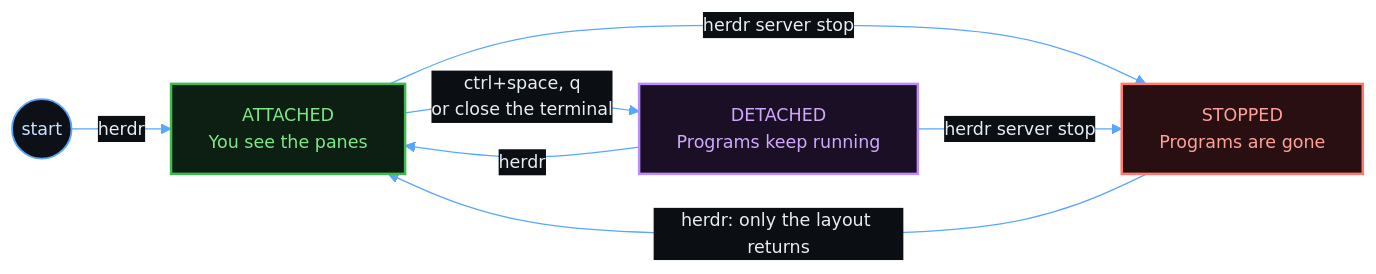
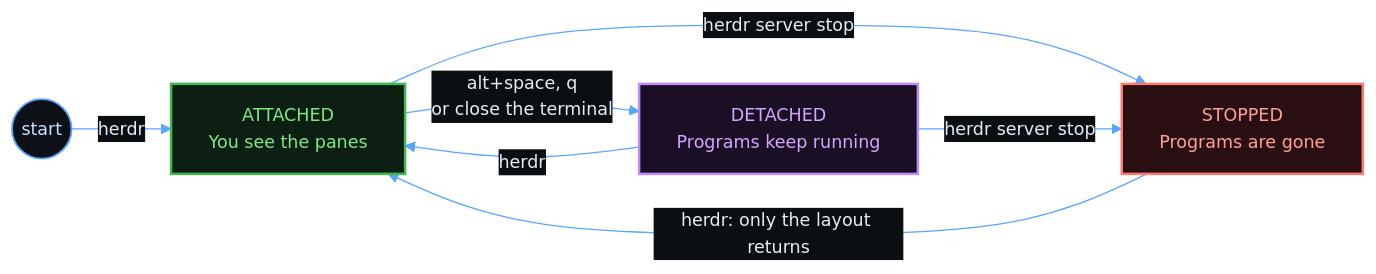
The diagram in docs/sessions.md (MussaCharles/herdspace), drawn with Mermaid before and after one commit. The commit also changed other lines of this file and 12 other files, not shown here.

First line of the commit message:
Document the alt+space prefix, and the keys that other programs take

````diff
--- a/docs/sessions.md
+++ b/docs/sessions.md
@@ -31,23 +31,23 @@
 ```mermaid
 %%{init: {'theme': 'base', 'themeVariables': {
   'fontFamily': 'Menlo, Consolas, Courier New, monospace', 'fontSize': '14px',
   'primaryColor': '#0d1117', 'primaryTextColor': '#e6edf3', 'primaryBorderColor': '#3fb950',
   'textColor': '#e6edf3', 'lineColor': '#58a6ff', 'secondaryColor': '#161b22', 'tertiaryColor': '#0d1117',
   'edgeLabelBackground': '#0b0f14', 'clusterBkg': '#0b0f14', 'clusterBorder': '#30363d', 'titleColor': '#d2a8ff',
   'actorBkg': '#0d1f12', 'actorBorder': '#3fb950', 'actorTextColor': '#7ee787', 'actorLineColor': '#30363d',
   'signalColor': '#58a6ff', 'signalTextColor': '#e6edf3', 'sequenceNumberColor': '#0b0f14'
 }, 'flowchart': {'curve': 'basis', 'nodeSpacing': 34, 'rankSpacing': 42, 'wrappingWidth': 340}}}%%
 flowchart LR
   classDef cmd fill:#0d1f12,stroke:#3fb950,stroke-width:2px,color:#7ee787
   classDef step fill:#0d1117,stroke:#58a6ff,stroke-width:1.5px,color:#c9e1ff
   classDef ask fill:#2a2000,stroke:#e3b341,stroke-width:2px,color:#f2cc60
   classDef host fill:#1a0f24,stroke:#bc8cff,stroke-width:2px,color:#d2a8ff
   classDef data fill:#082028,stroke:#39c5cf,stroke-width:1.5px,color:#a5f3fc
   classDef stop fill:#2a0f12,stroke:#ff7b72,stroke-width:2px,color:#ffa198
   none(("start")):::step -- " herdr " --> attached["ATTACHED<br/>You see the panes"]:::cmd
-  attached -- " ctrl+space, q<br/>or close the terminal " --> detached["DETACHED<br/>Programs keep running"]:::host
+  attached -- " alt+space, q<br/>or close the terminal " --> detached["DETACHED<br/>Programs keep running"]:::host
   detached -- " herdr " --> attached
   attached -- " herdr server stop " --> stopped["STOPPED<br/>Programs are gone"]:::stop
   detached -- " herdr server stop " --> stopped
   stopped -- " herdr: only the layout returns " --> attached
 ```
````
